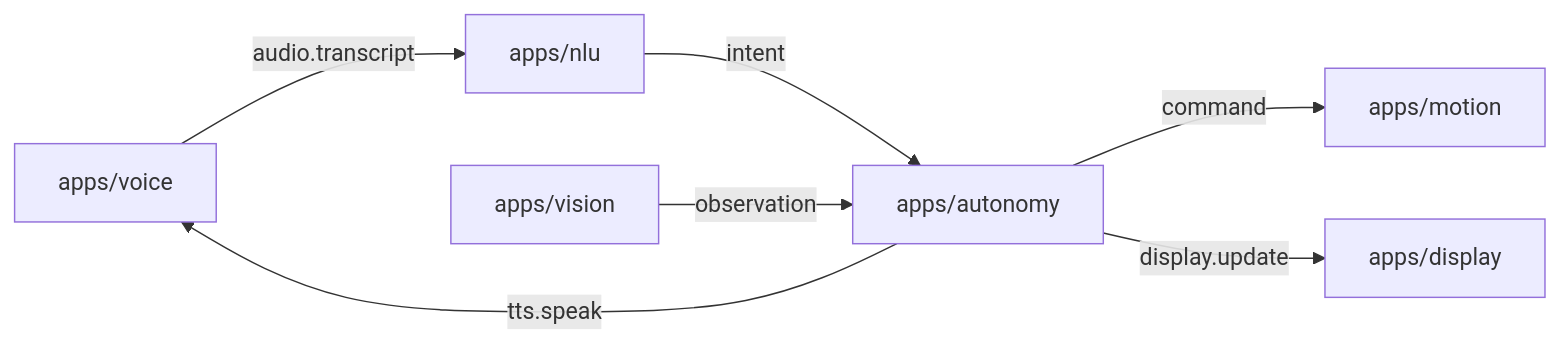
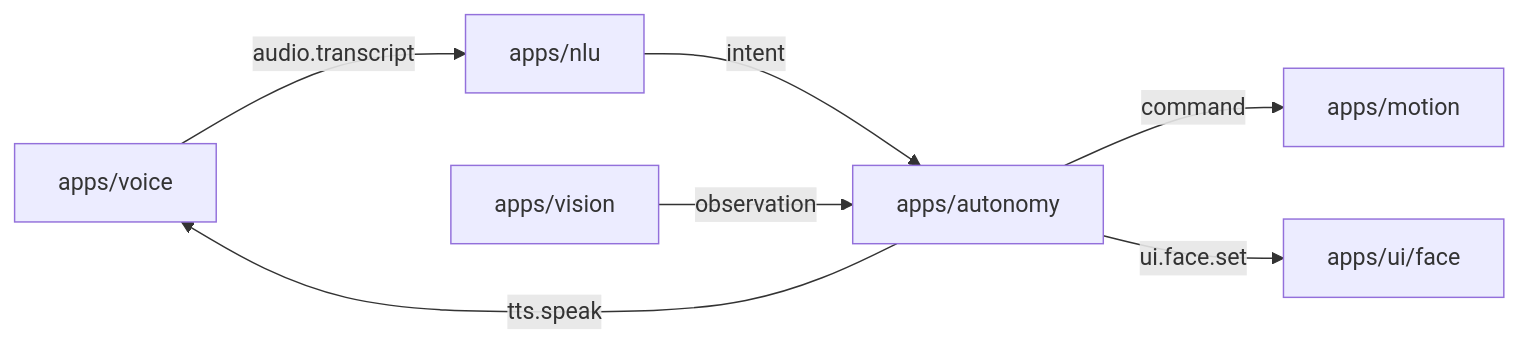
The diagram in project.md (mpieniak01/Rider-Pi), drawn with Mermaid before and after one commit. The commit also changed other lines of this file, not shown here.

````diff
--- a/project.md
+++ b/project.md
@@ -39,9 +49,9 @@
 ```mermaid
 flowchart LR
   Voice[apps/voice] -->|audio.transcript| NLU[apps/nlu]
   NLU -->|intent| Autonomy[apps/autonomy]
   Vision[apps/vision] -->|observation| Autonomy
   Autonomy -->|command| Motion[apps/motion]
   Autonomy -->|tts.speak| Voice
-  Autonomy -->|display.update| Display[apps/display]
+  Autonomy -->|ui.face.set| UI[apps/ui/face]
 ```
````
